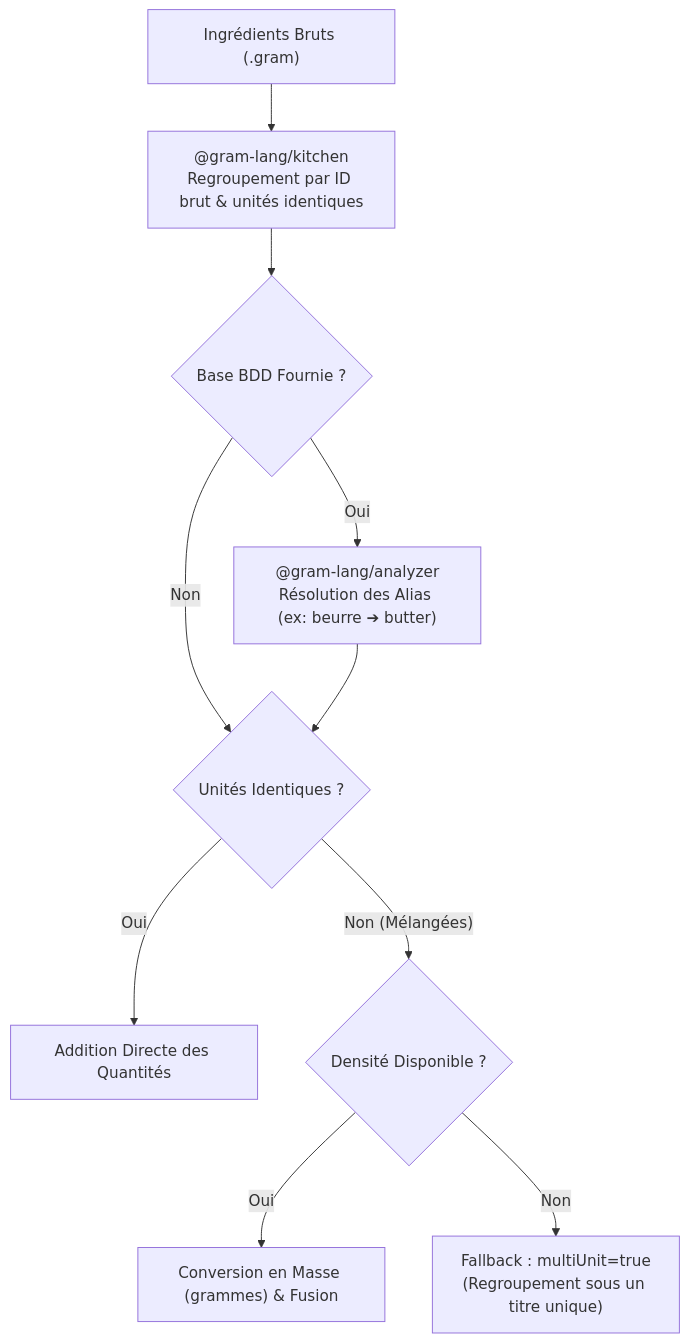
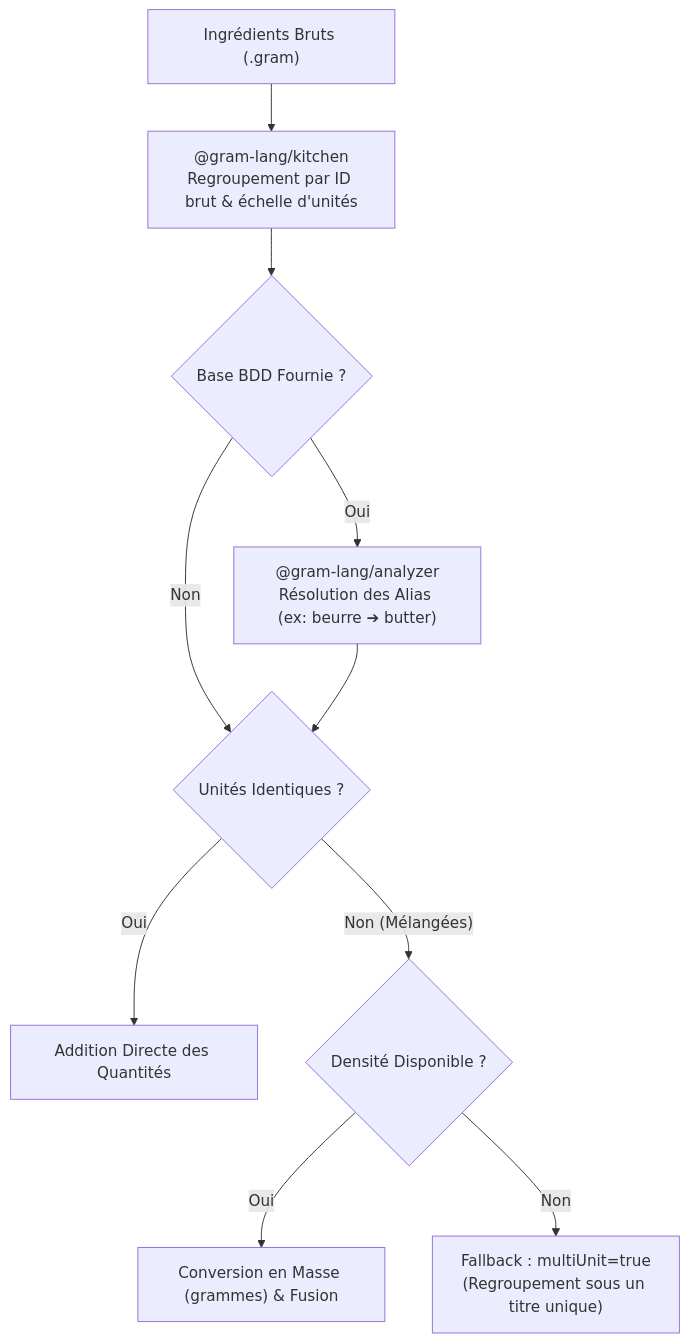
The diagram in packages/docs/src/content/docs/fr/docs/explanation/shopping-list-aggregation.mdx (gram-lang/gram), drawn with Mermaid before and after one commit. The commit also changed other lines of this file and 34 other files, not shown here.

````diff
--- a/packages/docs/src/content/docs/fr/docs/explanation/shopping-list-aggregation.mdx
+++ b/packages/docs/src/content/docs/fr/docs/explanation/shopping-list-aggregation.mdx
@@ -14,15 +14,15 @@
 ```mermaid
 flowchart TD
-    Raw["Ingrédients Bruts (.gram)"] --> KitchenGroup["@gram-lang/kitchen<br/>Regroupement par ID brut & unités identiques"]
+    Raw["Ingrédients Bruts (.gram)"] --> KitchenGroup["@gram-lang/kitchen<br/>Regroupement par ID brut & échelle d'unités"]
     KitchenGroup --> HasDB{Base BDD Fournie ?}
     
     HasDB -- Oui --> AliasRes["@gram-lang/analyzer<br/>Résolution des Alias (ex: beurre ➔ butter)"]
     HasDB -- Non --> UnitsCheck
     
     AliasRes --> UnitsCheck{Unités Identiques ?}
     UnitsCheck -- Oui --> SumUnits["Addition Directe des Quantités"]
     UnitsCheck -- Non (Mélangées) --> DensityCheck{Densité Disponible ?}
     
     DensityCheck -- Oui --> ConvertGram["Conversion en Masse (grammes) & Fusion"]
     DensityCheck -- Non --> MultiUnit["Fallback : multiUnit=true<br/>(Regroupement sous un titre unique)"]
 ```
````
